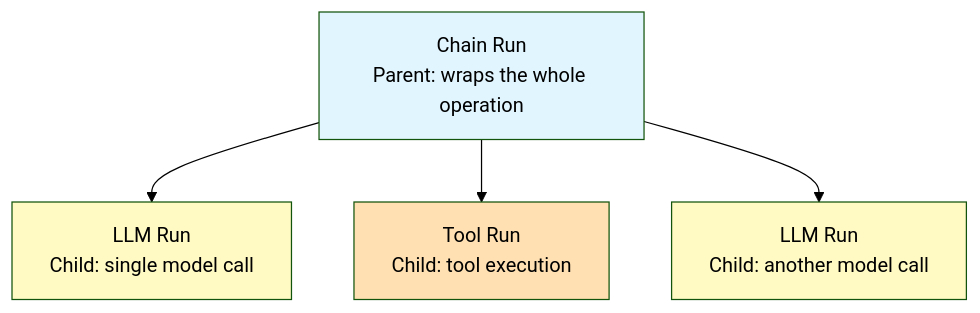
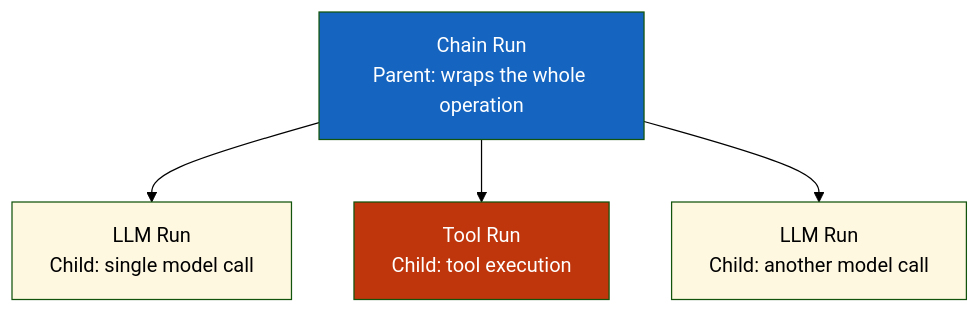
The diagram in Langsmith-Labs/Lab1-Beginner/tracing-basics/lab-tracing-basics.md (CogKnowEdge-Solutions/Orchestration), drawn with Mermaid (forest theme) before and after one commit.

Commit message:
Use contrasting colors in Mermaid diagram

````diff
--- a/Langsmith-Labs/Lab1-Beginner/tracing-basics/lab-tracing-basics.md
+++ b/Langsmith-Labs/Lab1-Beginner/tracing-basics/lab-tracing-basics.md
@@ -127,16 +127,16 @@
 ```mermaid
 graph TB
     C["Chain Run<br/>Parent: wraps the whole operation"]
     L1["LLM Run<br/>Child: single model call"]
     T1["Tool Run<br/>Child: tool execution"]
     L2["LLM Run<br/>Child: another model call"]
     
     C --> L1
     C --> T1
     C --> L2
     
-    style C fill:#e1f5ff
-    style L1 fill:#fff9c4
-    style T1 fill:#ffe0b2
-    style L2 fill:#fff9c4
+    style C fill:#1565c0,color:#fff
+    style L1 fill:#fff8e1,color:#000
+    style T1 fill:#bf360c,color:#fff
+    style L2 fill:#fff8e1,color:#000
 ```
````
